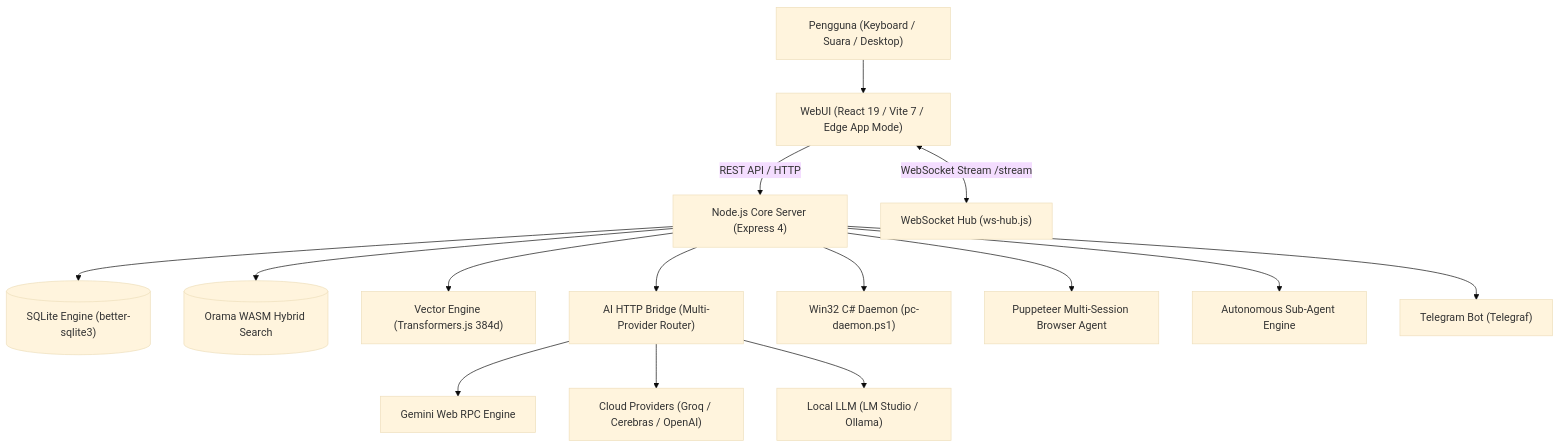
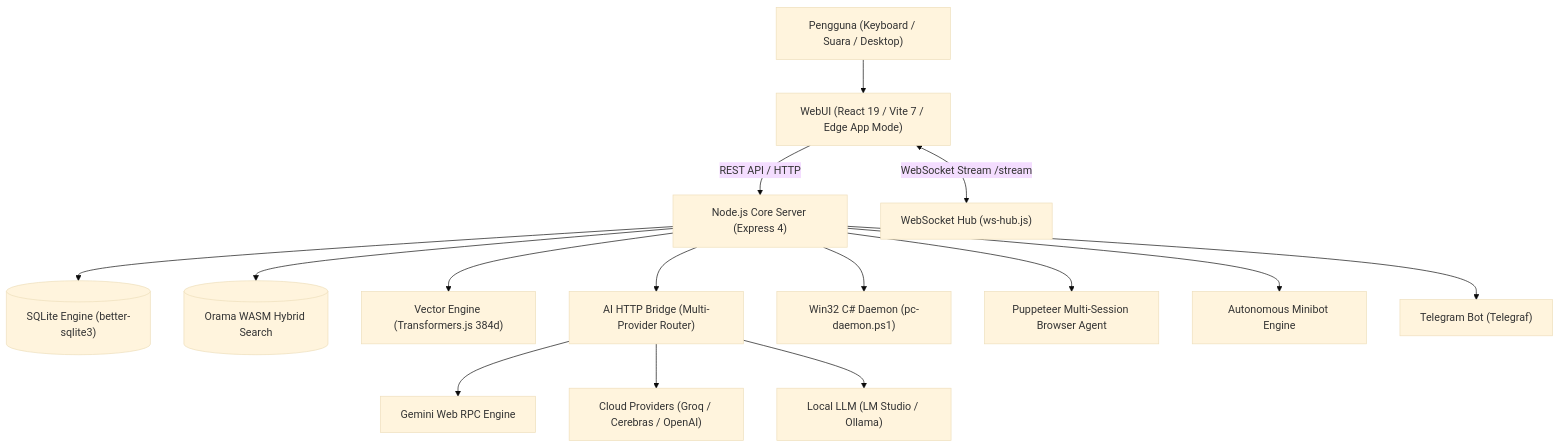
One commit to Mazees/mark-agent changed the diagram in docs/README.md. Above: the diagram before and after it, drawn with Mermaid (base theme). The commit also changed other lines of this file and 70 other files, not shown here.

Commit message:
feat: merombak sub agent menjadi minibots yang dapat berjalan di latar belakang

````diff
--- a/docs/README.md
+++ b/docs/README.md
@@ -20,20 +20,20 @@
 ```mermaid
 graph TD
     User["Pengguna (Keyboard / Suara / Desktop)"] --> UI["WebUI (React 19 / Vite 7 / Edge App Mode)"]
     UI -->|REST API / HTTP| Server["Node.js Core Server (Express 4)"]
     UI <-->|WebSocket Stream /stream| WSHub["WebSocket Hub (ws-hub.js)"]
 
     Server --> SQLite[("SQLite Engine (better-sqlite3)")]
     Server --> Orama[("Orama WASM Hybrid Search")]
     Server --> Transformers["Vector Engine (Transformers.js 384d)"]
 
     Server --> Bridge["AI HTTP Bridge (Multi-Provider Router)"]
     Bridge --> Gemini["Gemini Web RPC Engine"]
     Bridge --> Cloud["Cloud Providers (Groq / Cerebras / OpenAI)"]
     Bridge --> LocalLLM["Local LLM (LM Studio / Ollama)"]
 
     Server --> PCDaemon["Win32 C# Daemon (pc-daemon.ps1)"]
     Server --> Puppeteer["Puppeteer Multi-Session Browser Agent"]
-    Server --> SubAgents["Autonomous Sub-Agent Engine"]
+    Server --> SubAgents["Autonomous Minibot Engine"]
     Server --> Telegram["Telegram Bot (Telegraf)"]
 ```
````
